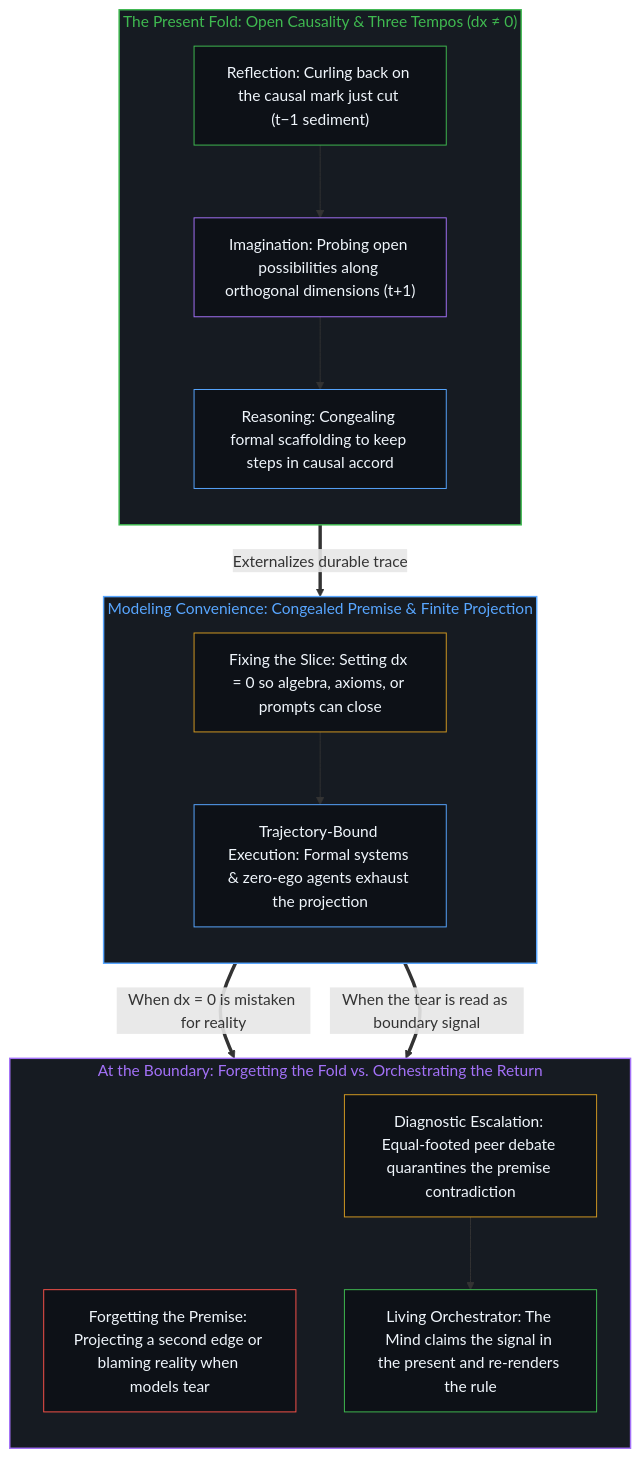
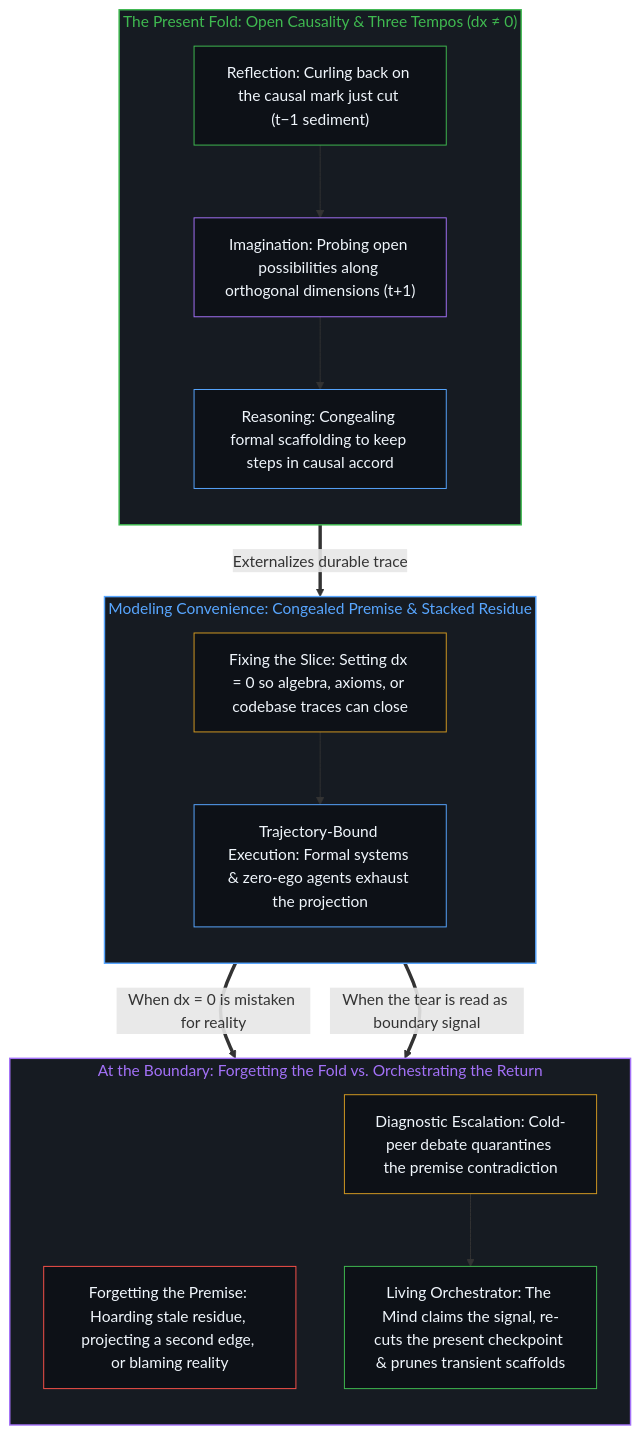
The second of 2 diagrams in content/posts/the-continuum-is-a-modeling-convenience.md (powerpig99/not-a-toe), drawn with Mermaid before and after one commit. The commit also changed other lines of this file and 12 other files, not shown here.

````diff
--- a/content/posts/the-continuum-is-a-modeling-convenience.md
+++ b/content/posts/the-continuum-is-a-modeling-convenience.md
@@ -145,41 +145,41 @@
 ```mermaid
 flowchart TD
     subgraph S_Fold["The Present Fold: Open Causality & Three Tempos (dx ≠ 0)"]
         direction TB
         Reflect["Reflection: Curling back on the causal mark just cut (t−1 sediment)"]
         Imagine["Imagination: Probing open possibilities along orthogonal dimensions (t+1)"]
         Reason["Reasoning: Congealing formal scaffolding to keep steps in causal accord"]
         Reflect --> Imagine --> Reason
     end
 
-    subgraph S_Proj["Modeling Convenience: Congealed Premise & Finite Projection"]
+    subgraph S_Proj["Modeling Convenience: Congealed Premise & Stacked Residue"]
         direction TB
-        Given["Fixing the Slice: Setting dx = 0 so algebra, axioms, or prompts can close"]
+        Given["Fixing the Slice: Setting dx = 0 so algebra, axioms, or codebase traces can close"]
         Agent["Trajectory-Bound Execution: Formal systems & zero-ego agents exhaust the projection"]
         Given --> Agent
     end
 
     subgraph S_Split["At the Boundary: Forgetting the Fold vs. Orchestrating the Return"]
         direction TB
-        Forget["Forgetting the Premise: Projecting a second edge or blaming reality when models tear"]
-        Deadlock["Diagnostic Escalation: Equal-footed peer debate quarantines the premise contradiction"]
-        Steer["Living Orchestrator: The Mind claims the signal in the present and re-renders the rule"]
+        Forget["Forgetting the Premise: Hoarding stale residue, projecting a second edge, or blaming reality"]
+        Deadlock["Diagnostic Escalation: Cold-peer debate quarantines the premise contradiction"]
+        Steer["Living Orchestrator: The Mind claims the signal, re-cuts the present checkpoint & prunes transient scaffolds"]
         Deadlock --> Steer
     end
 
     Reason ==>|"Externalizes durable trace"| Given
     Agent ==>|"When dx = 0 is mistaken for reality"| Forget
     Agent ==>|"When the tear is read as boundary signal"| Deadlock
 
     style S_Fold fill:#161b22,stroke:#3fb950,stroke-width:1.5px,color:#3fb950
     style S_Proj fill:#161b22,stroke:#58a6ff,stroke-width:1.5px,color:#58a6ff
     style S_Split fill:#161b22,stroke:#a371f7,stroke-width:1.5px,color:#a371f7
     style Reflect fill:#0d1117,stroke:#3fb950,stroke-width:1px,color:#f0f6fc
     style Imagine fill:#0d1117,stroke:#a371f7,stroke-width:1px,color:#f0f6fc
     style Reason fill:#0d1117,stroke:#58a6ff,stroke-width:1px,color:#f0f6fc
     style Given fill:#0d1117,stroke:#d29922,stroke-width:1px,color:#f0f6fc
     style Agent fill:#0d1117,stroke:#58a6ff,stroke-width:1px,color:#f0f6fc
     style Forget fill:#0d1117,stroke:#f85149,stroke-width:1px,color:#f0f6fc
     style Deadlock fill:#0d1117,stroke:#d29922,stroke-width:1px,color:#f0f6fc
     style Steer fill:#0d1117,stroke:#3fb950,stroke-width:1px,color:#f0f6fc
 ```
````
